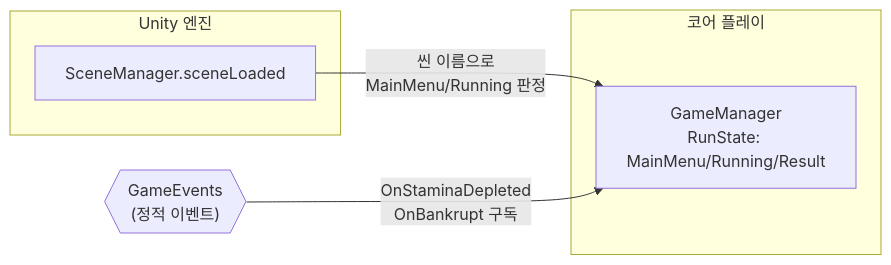
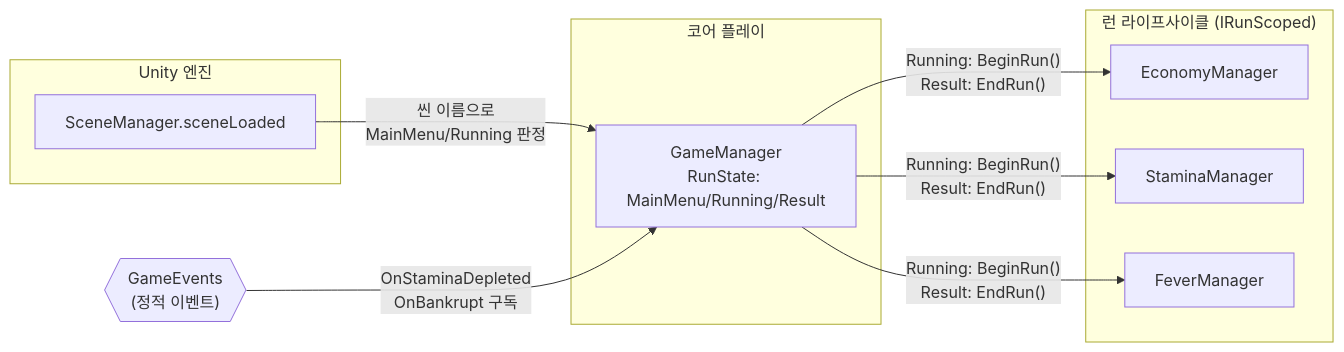
One commit to KDNA-Gwangju-1/NCAIClicker changed the diagram in docs/TECH_NOTES/run-state.md. Above: the diagram before and after it, drawn with Mermaid. The commit also changed other lines of this file and 11 other files, not shown here.

````diff
--- a/docs/TECH_NOTES/run-state.md
+++ b/docs/TECH_NOTES/run-state.md
@@ -26,15 +32,24 @@
 ```mermaid
 flowchart LR
   subgraph Unity["Unity 엔진"]
     scene[SceneManager.sceneLoaded]
   end
 
   subgraph Core["코어 플레이"]
     gm[GameManager<br/>RunState: MainMenu/Running/Result]
   end
 
+  subgraph Lifecycle["런 라이프사이클 (IRunScoped)"]
+    economy[EconomyManager]
+    stamina[StaminaManager]
+    fever[FeverManager]
+  end
+
   events{{"GameEvents<br/>(정적 이벤트)"}}
 
   scene -- "씬 이름으로<br/>MainMenu/Running 판정" --> gm
   events -- "OnStaminaDepleted<br/>OnBankrupt 구독" --> gm
+  gm -- "Running: BeginRun()<br/>Result: EndRun()" --> economy
+  gm -- "Running: BeginRun()<br/>Result: EndRun()" --> stamina
+  gm -- "Running: BeginRun()<br/>Result: EndRun()" --> fever
 ```
````
